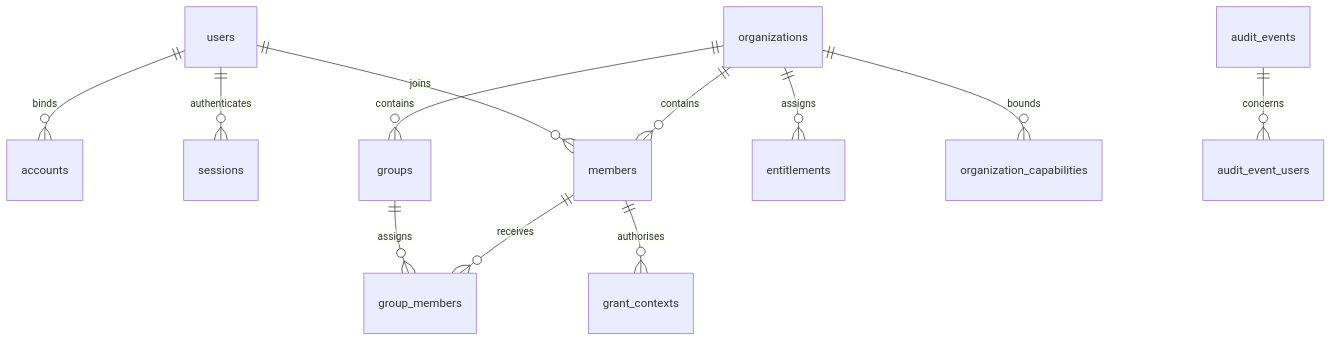
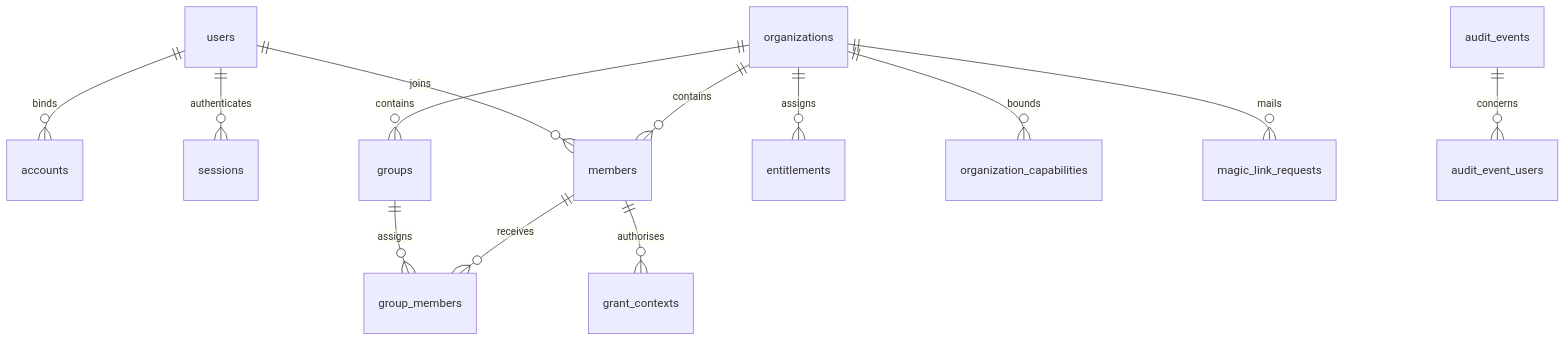
The diagram in docs/04-answerable-id-schema.md (Rieranthony/answerable-monorepo), drawn with Mermaid before and after one commit. The commit also changed other lines of this file and 53 other files, not shown here.

First line of the commit message:
Issue magic-link requests through a bounded queue and Postmark

````diff
--- a/docs/04-answerable-id-schema.md
+++ b/docs/04-answerable-id-schema.md
@@ -11,14 +11,15 @@
 ```mermaid
 erDiagram
   users ||--o{ accounts : binds
   users ||--o{ sessions : authenticates
   users ||--o{ members : joins
   organizations ||--o{ members : contains
   organizations ||--o{ groups : contains
   groups ||--o{ group_members : assigns
   members ||--o{ group_members : receives
   organizations ||--o{ entitlements : assigns
   organizations ||--o{ organization_capabilities : bounds
+  organizations ||--o{ magic_link_requests : mails
   members ||--o{ grant_contexts : authorises
   audit_events ||--o{ audit_event_users : concerns
 ```
````
